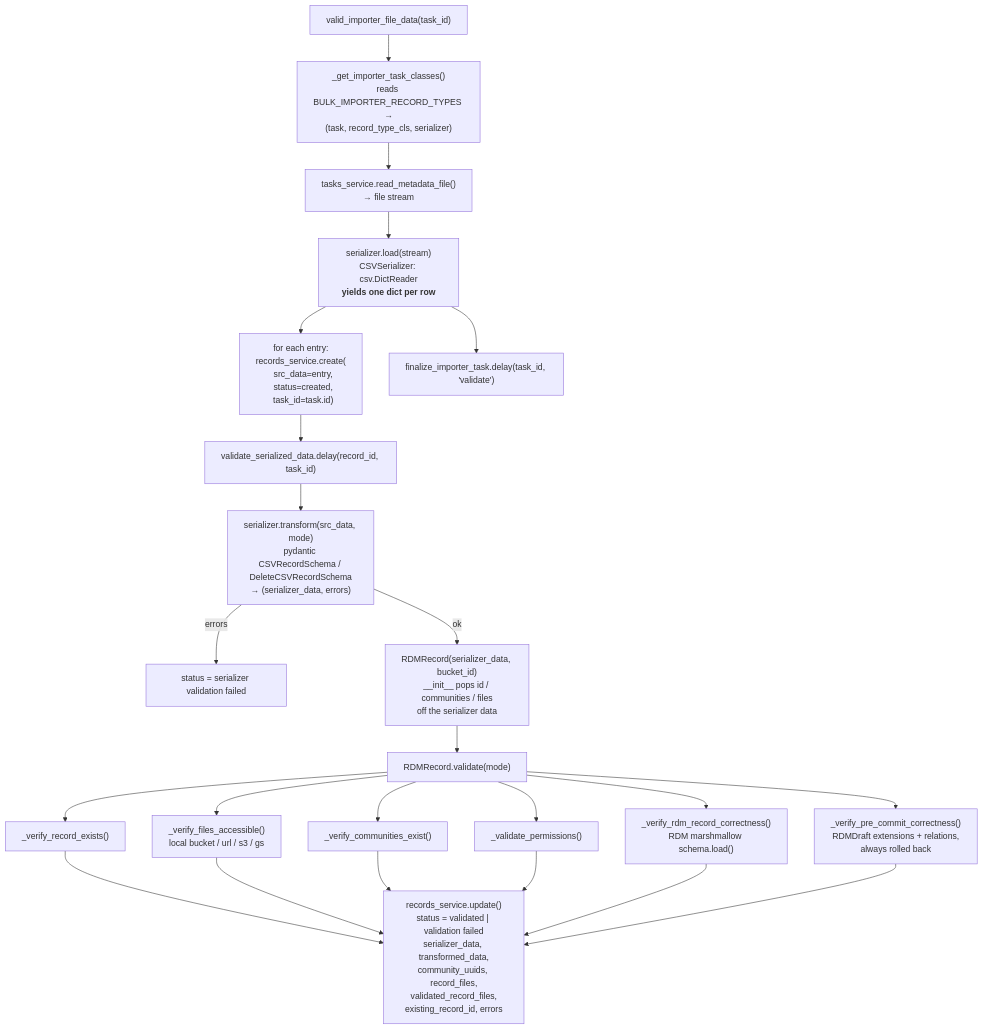
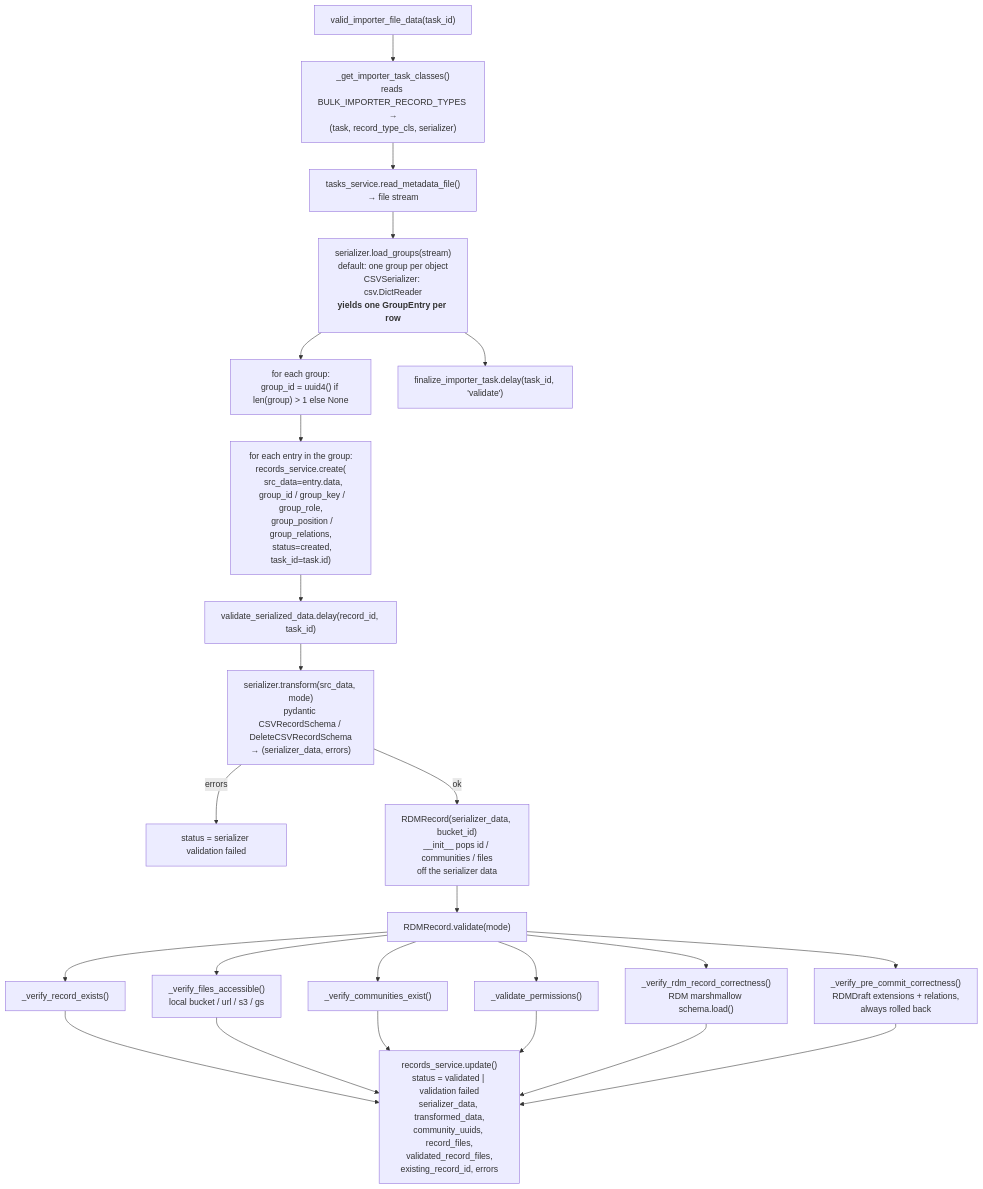
One commit to egabancho/invenio-bulk-importer changed the second of 4 diagrams in docs/import-flow.md. Above: the diagram before and after it, drawn with Mermaid. The commit also changed other lines of this file and 8 other files, not shown here.

First line of the commit message:
feat: import records in groups that belong together

````diff
--- a/docs/import-flow.md
+++ b/docs/import-flow.md
@@ -58,21 +66,22 @@
 ```mermaid
 flowchart TD
     S["valid_importer_file_data(task_id)"] --> T["_get_importer_task_classes()<br/>reads BULK_IMPORTER_RECORD_TYPES →<br/>(task, record_type_cls, serializer)"]
     T --> U["tasks_service.read_metadata_file()<br/>→ file stream"]
-    U --> V["serializer.load(stream)<br/>CSVSerializer: csv.DictReader<br/><b>yields one dict per row</b>"]
-    V --> W["for each entry:<br/>records_service.create(<br/>&nbsp;&nbsp;src_data=entry,<br/>&nbsp;&nbsp;status=created,<br/>&nbsp;&nbsp;task_id=task.id)"]
-    W --> X["validate_serialized_data.delay(record_id, task_id)"]
+    U --> V["serializer.load_groups(stream)<br/>default: one group per object<br/>CSVSerializer: csv.DictReader<br/><b>yields one GroupEntry per row</b>"]
+    V --> W["for each group:<br/>group_id = uuid4() if len(group) > 1 else None"]
+    W --> W2["for each entry in the group:<br/>records_service.create(<br/>&nbsp;&nbsp;src_data=entry.data,<br/>&nbsp;&nbsp;group_id / group_key / group_role,<br/>&nbsp;&nbsp;group_position / group_relations,<br/>&nbsp;&nbsp;status=created, task_id=task.id)"]
+    W2 --> X["validate_serialized_data.delay(record_id, task_id)"]
     V --> Y["finalize_importer_task.delay(task_id, 'validate')"]
 
     X --> V1["serializer.transform(src_data, mode)<br/>pydantic CSVRecordSchema / DeleteCSVRecordSchema<br/>→ (serializer_data, errors)"]
     V1 -- "errors" --> V2["status = serializer validation failed"]
     V1 -- "ok" --> V3["RDMRecord(serializer_data, bucket_id)<br/>__init__ pops id / communities / files<br/>off the serializer data"]
     V3 --> V4["RDMRecord.validate(mode)"]
     V4 --> V5["_verify_record_exists()"]
     V4 --> V6["_verify_files_accessible()<br/>local bucket / url / s3 / gs"]
     V4 --> V7["_verify_communities_exist()"]
     V4 --> V8["_validate_permissions()"]
     V4 --> V9["_verify_rdm_record_correctness()<br/>RDM marshmallow schema.load()"]
     V4 --> V10["_verify_pre_commit_correctness()<br/>RDMDraft extensions + relations,<br/>always rolled back"]
     V5 & V6 & V7 & V8 & V9 & V10 --> V11["records_service.update()<br/>status = validated | validation failed<br/>serializer_data, transformed_data,<br/>community_uuids, record_files,<br/>validated_record_files,<br/>existing_record_id, errors"]
 ```
````
